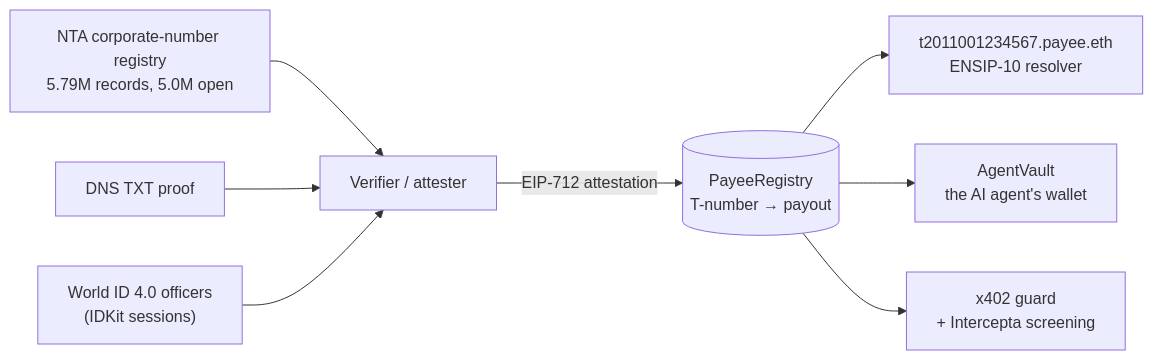
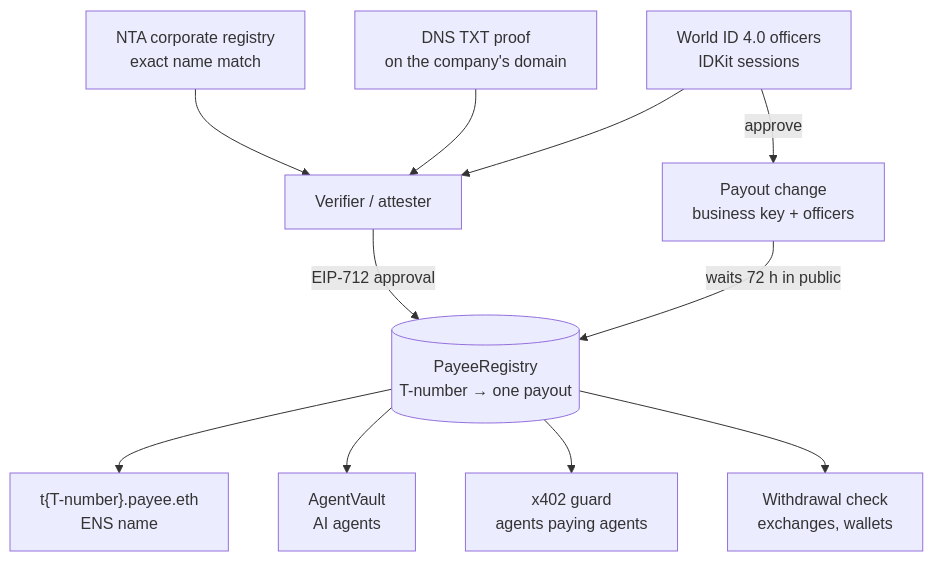
The first of 3 diagrams in README.md (KaranSinghBisht/meigi), drawn with Mermaid before and after one commit. The commit also changed other lines of this file, not shown here.

First line of the commit message:
docs(readme): diagram the registry, the agent's payment path and the bank-change attack

````diff
--- a/README.md
+++ b/README.md
@@ -52,10 +57,13 @@
 ```mermaid
-flowchart LR
-  NTA["NTA corporate-number registry<br/>5.79M records, 5.0M open"] --> V[Verifier / attester]
-  DNS[DNS TXT proof] --> V
-  W["World ID 4.0 officers<br/>(IDKit sessions)"] --> V
-  V -- "EIP-712 attestation" --> R[("PayeeRegistry<br/>T-number → payout")]
-  R --> E["t2011001234567.payee.eth<br/>ENSIP-10 resolver"]
-  R --> A["AgentVault<br/>the AI agent's wallet"]
-  R --> X["x402 guard<br/>+ Intercepta screening"]
+flowchart TB
+  NTA["NTA corporate registry<br/>exact name match"] --> V["Verifier / attester"]
+  DNS["DNS TXT proof<br/>on the company's domain"] --> V
+  W["World ID 4.0 officers<br/>IDKit sessions"] --> V
+  W -- "approve" --> CH["Payout change<br/>business key + officers"]
+  V -- "EIP-712 approval" --> R[("PayeeRegistry<br/>T-number → one payout")]
+  CH -- "waits 72 h in public" --> R
+  R --> E["t{T-number}.payee.eth<br/>ENS name"]
+  R --> VA["AgentVault<br/>AI agents"]
+  R --> XG["x402 guard<br/>agents paying agents"]
+  R --> WC["Withdrawal check<br/>exchanges, wallets"]
 ```
````
